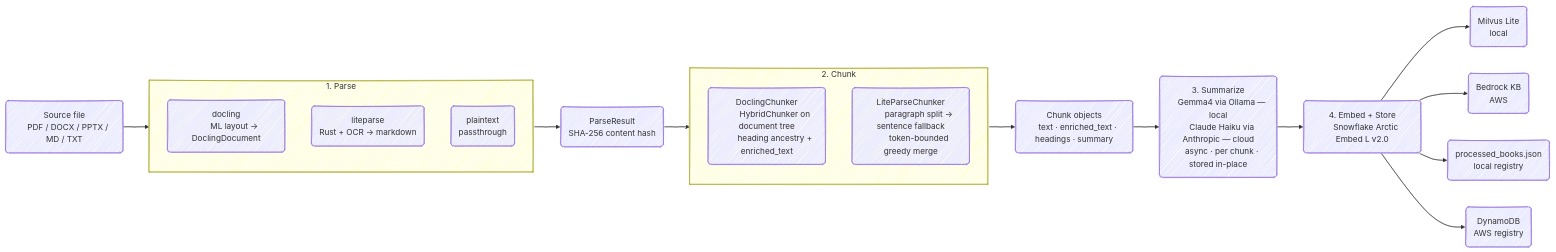
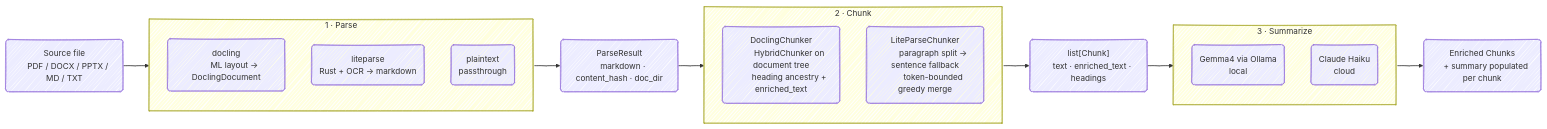
The first of 3 diagrams in README.md (ryq99/search-anything), drawn with Mermaid before and after one commit. The commit also changed other lines of this file, not shown here.

````diff
--- a/README.md
+++ b/README.md
@@ -32,53 +34,45 @@
 ```mermaid
 %%{init: {'look': 'handDrawn'}}%%
 flowchart LR
     A("Source file
     PDF / DOCX / PPTX / MD / TXT")
 
-    subgraph B["1. Parse"]
+    subgraph PARSE["1 · Parse"]
         direction TB
-        B1("docling
+        P1("docling
         ML layout → DoclingDocument")
-        B2("liteparse
+        P2("liteparse
         Rust + OCR → markdown")
-        B3("plaintext
+        P3("plaintext
         passthrough")
     end
 
-    C("ParseResult
-    SHA-256 content hash")
+    B("ParseResult
+    markdown · content_hash · doc_dir")
 
-    subgraph D["2. Chunk"]
+    subgraph CHUNK["2 · Chunk"]
         direction TB
-        D1("DoclingChunker
+        C1("DoclingChunker
         HybridChunker on document tree
         heading ancestry + enriched_text")
-        D2("LiteParseChunker
+        C2("LiteParseChunker
         paragraph split → sentence fallback
         token-bounded greedy merge")
     end
 
-    E("Chunk objects
-    text · enriched_text · headings · summary")
+    D("list[Chunk]
+    text · enriched_text · headings")
 
-    F("3. Summarize
-    Gemma4 via Ollama — local
-    Claude Haiku via Anthropic — cloud
-    async · per chunk · stored in-place")
+    subgraph SUM["3 · Summarize"]
+        direction TB
+        S1("Gemma4 via Ollama
+        local")
+        S2("Claude Haiku
+        cloud")
+    end
 
-    G("4. Embed + Store
-    Snowflake Arctic Embed L v2.0")
+    E("Enriched Chunks
+    + summary populated per chunk")
 
-    H1("Milvus Lite
-    local")
-    H2("Bedrock KB
-    AWS")
-    I1("processed_books.json
-    local registry")
-    I2("DynamoDB
-    AWS registry")
-
-    A --> B --> C --> D --> E --> F --> G
-    G --> H1 & H2
-    G --> I1 & I2
+    A --> PARSE --> B --> CHUNK --> D --> SUM --> E
 ```
````
